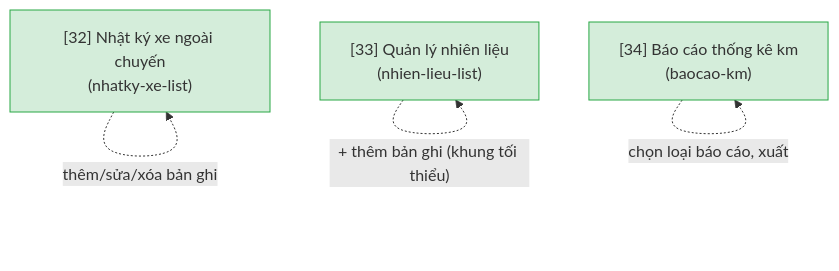
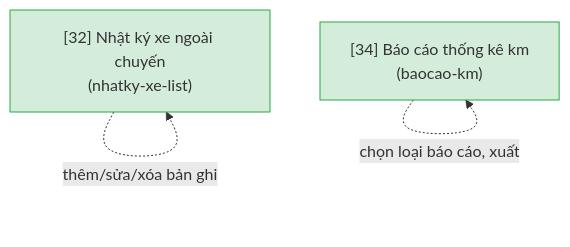
Before and after one commit to mynguyencnttpx-alt/workspace-vnpt-ioffice: the eighth of 9 diagrams in docs/dang-ky-xe-tkv/srs/dang-ky-xe-tkv-userflow.md, drawn with Mermaid. The commit also changed other lines of this file and 75 other files, not shown here.

````diff
--- a/docs/dang-ky-xe-tkv/srs/dang-ky-xe-tkv-userflow.md
+++ b/docs/dang-ky-xe-tkv/srs/dang-ky-xe-tkv-userflow.md
@@ -233,14 +233,12 @@
 ```mermaid
 flowchart TD
     n32["[32] Nhật ký xe ngoài chuyến<br/>(nhatky-xe-list)"]
-    n33["[33] Quản lý nhiên liệu<br/>(nhien-lieu-list)"]
     n34["[34] Báo cáo thống kê km<br/>(baocao-km)"]
 
     n32 -.->|"thêm/sửa/xóa bản ghi"| n32
-    n33 -.->|"+ thêm bản ghi (khung tối thiểu)"| n33
     n34 -.->|"chọn loại báo cáo, xuất"| n34
 
     classDef happy fill:#d4edda,stroke:#28a745
 
-    class n32,n33,n34 happy
+    class n32,n34 happy
 ```
````
